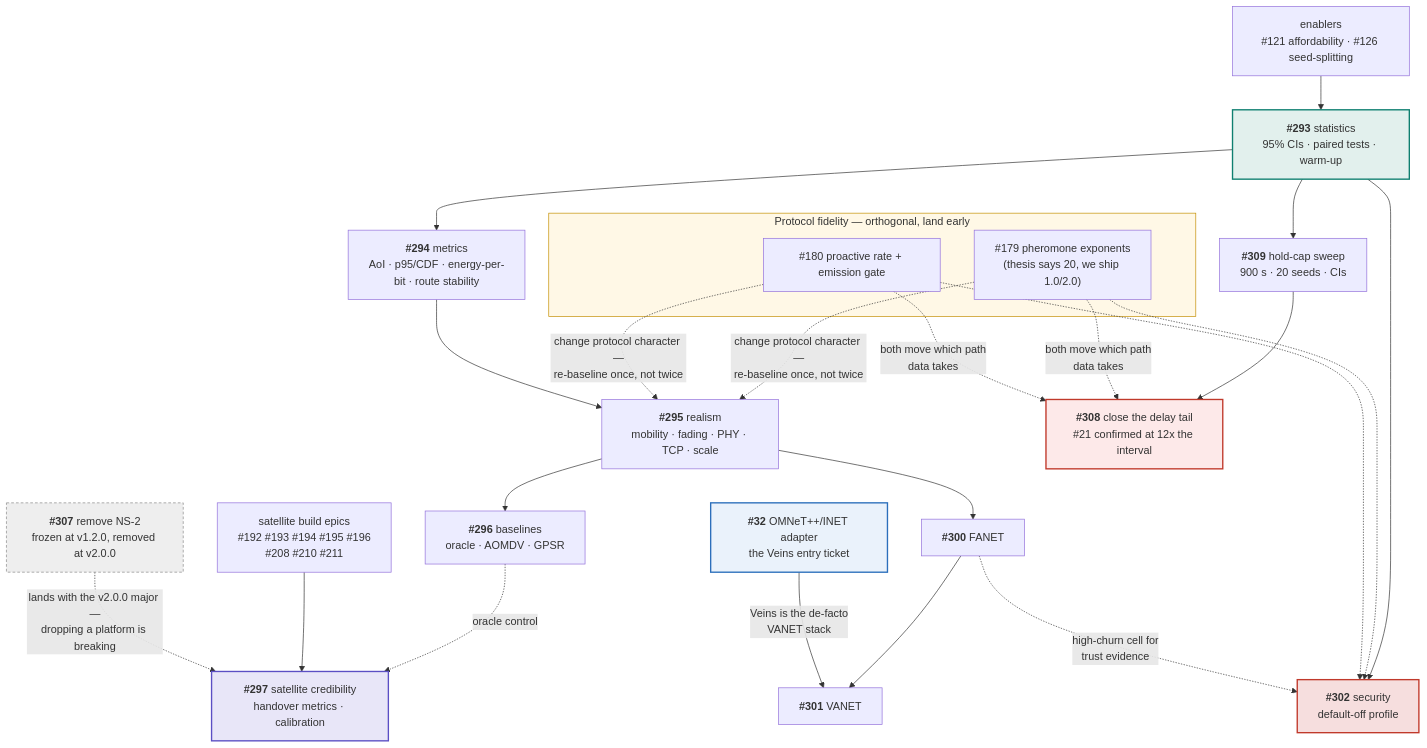
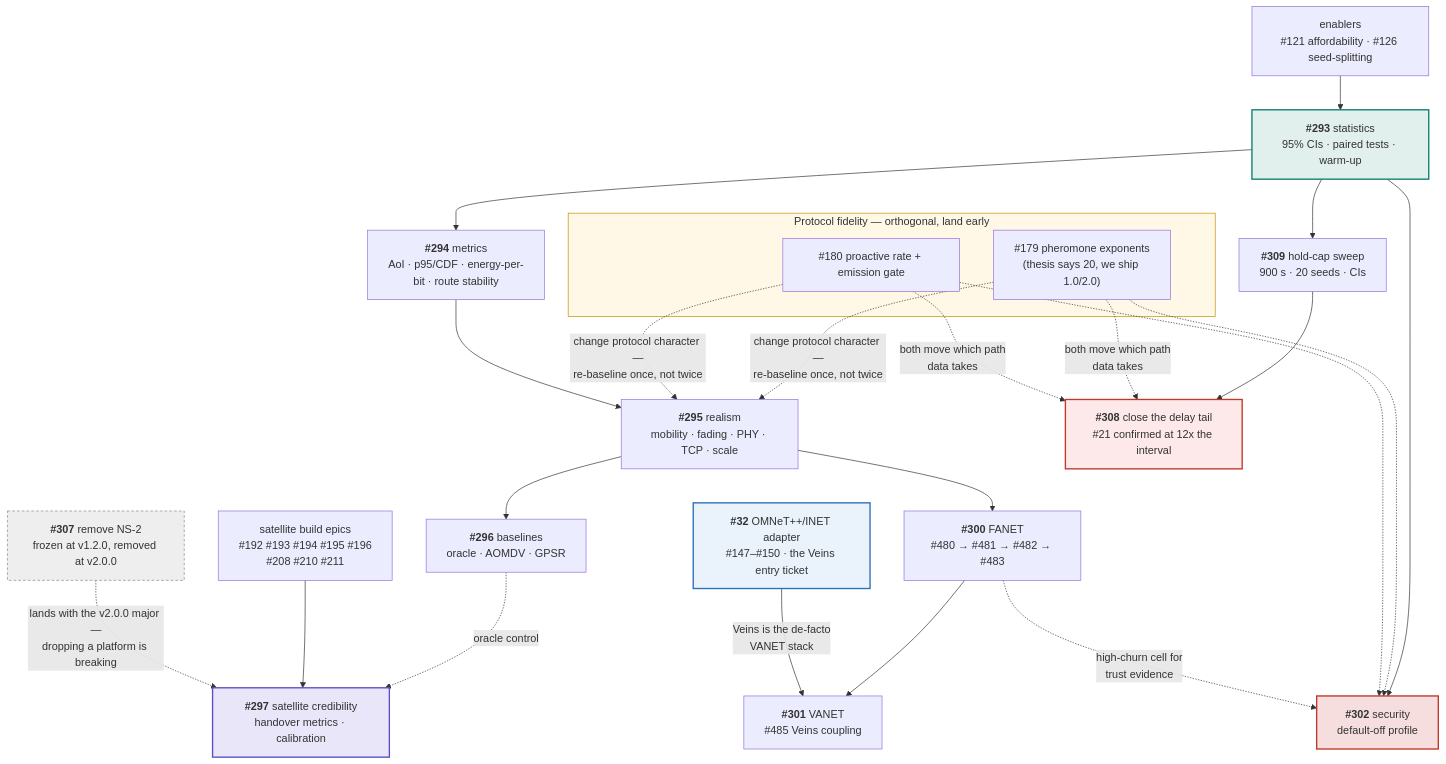
Before and after one commit to danieljoppi/AntHocNet: the second of 2 diagrams in docs/roadmap.md, drawn with Mermaid. The commit also changed other lines of this file, not shown here.

First line of the commit message:
docs(roadmap): split the family axis into v1.7.0 FANET, v1.8.0 OMNeT++, v1.9.0 VANET (#486)

````diff
--- a/docs/roadmap.md
+++ b/docs/roadmap.md
@@ -62,46 +68,46 @@
 ```mermaid
 flowchart TB
     subgraph FID["Protocol fidelity — orthogonal, land early"]
         F179["#179 pheromone exponents<br/>(thesis says 20, we ship 1.0/2.0)"]
         F180["#180 proactive rate + emission gate"]
     end
 
     E293["<b>#293</b> statistics<br/>95% CIs · paired tests · warm-up"]
     E294["<b>#294</b> metrics<br/>AoI · p95/CDF · energy-per-bit · route stability"]
     E295["<b>#295</b> realism<br/>mobility · fading · PHY · TCP · scale"]
     E296["<b>#296</b> baselines<br/>oracle · AOMDV · GPSR"]
-    E300["<b>#300</b> FANET"]
-    E301["<b>#301</b> VANET"]
+    E300["<b>#300</b> FANET<br/>#480 → #481 → #482 → #483"]
+    E301["<b>#301</b> VANET<br/>#485 Veins coupling"]
     E297["<b>#297</b> satellite credibility<br/>handover metrics · calibration"]
     E302["<b>#302</b> security<br/>default-off profile"]
     E307["<b>#307</b> remove NS-2<br/>frozen at v1.2.0, removed at v2.0.0"]
-    E32["<b>#32</b> OMNeT++/INET adapter<br/>the Veins entry ticket"]
+    E32["<b>#32</b> OMNeT++/INET adapter<br/>#147–#150 · the Veins entry ticket"]
 
     SATBUILD["satellite build epics<br/>#192 #193 #194 #195 #196<br/>#208 #210 #211"]
     ENABLE["enablers<br/>#121 affordability · #126 seed-splitting"]
     I309["<b>#309</b> hold-cap sweep<br/>900 s · 20 seeds · CIs"]
     E308["<b>#308</b> close the delay tail<br/>#21 confirmed at 12x the interval"]
 
     ENABLE --> E293
     E293 --> I309
     I309 --> E308
     F179 & F180 -.->|"both move which path<br/>data takes"| E308
     F179 & F180 -.->|"change protocol character —<br/>re-baseline once, not twice"| E295
     E293 --> E294 --> E295 --> E296
     E295 --> E300 --> E301
     E296 -.->|"oracle control"| E297
     SATBUILD --> E297
     E293 --> E302
     F179 & F180 -.-> E302
     E307 -.->|"lands with the v2.0.0 major —<br/>dropping a platform is breaking"| E297
     E32 -->|"Veins is the de-facto<br/>VANET stack"| E301
     E300 -.->|"high-churn cell for<br/>trust evidence"| E302
 
     style E293 fill:#e2f0ed,stroke:#0f7f70,stroke-width:2px
     style E297 fill:#e8e6f8,stroke:#5b4fc4,stroke-width:2px
     style E302 fill:#f6dede,stroke:#c0392b,stroke-width:2px
     style E307 fill:#eee,stroke:#888,stroke-dasharray:4 3
     style E32 fill:#eaf2fb,stroke:#2c6fbb,stroke-width:2px
     style E308 fill:#fde9e9,stroke:#c0392b,stroke-width:2px
     style FID fill:#fff8e6,stroke:#c48f00
 ```
````
